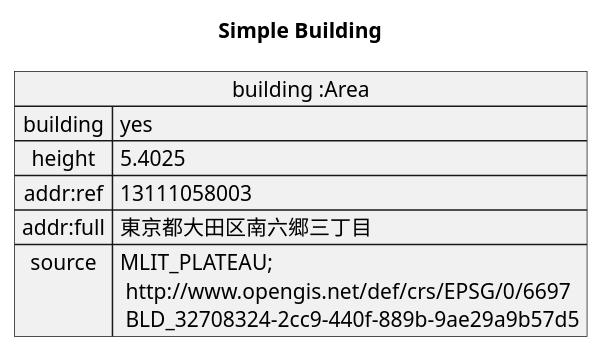
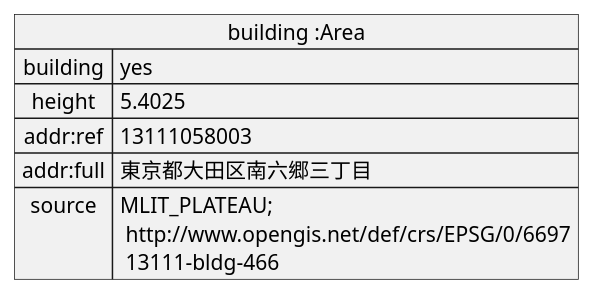
Before and after one commit to yuuhayashi/citygml-osm: the diagram in doc/building/sample-a-osm.pu, drawn with PlantUML. The commit also changed 15 other files, not shown here.

Commit message:
update UML

```diff
--- a/doc/building/sample-a-osm.pu
+++ b/doc/building/sample-a-osm.pu
@@ -1,10 +1,9 @@
 @startuml
-title Simple Building
 map "building :Area" as building {
  building => yes
  height => 5.4025
  addr:ref => 13111058003
  addr:full => 東京都大田区南六郷三丁目
- source => MLIT_PLATEAU;\n http://www.opengis.net/def/crs/EPSG/0/6697\n BLD_32708324-2cc9-440f-889b-9ae29a9b57d5
+ source => MLIT_PLATEAU;\n http://www.opengis.net/def/crs/EPSG/0/6697\n 13111-bldg-466
 }
 @enduml
```
